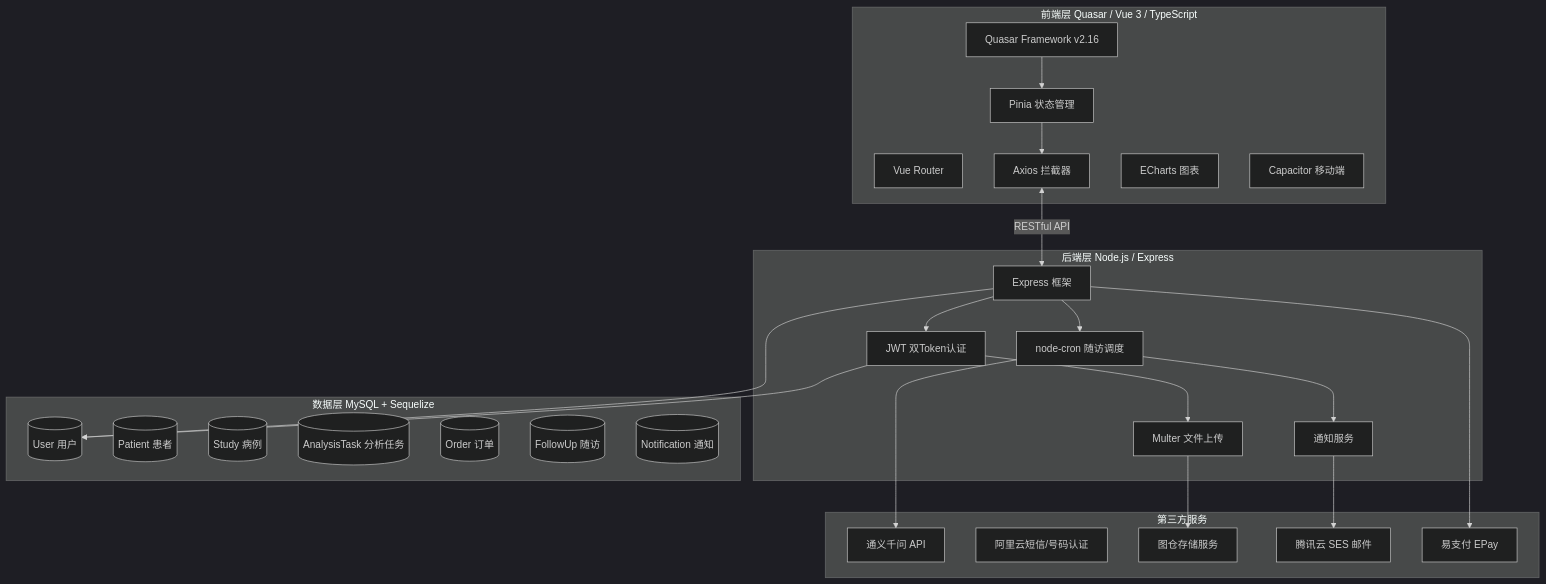
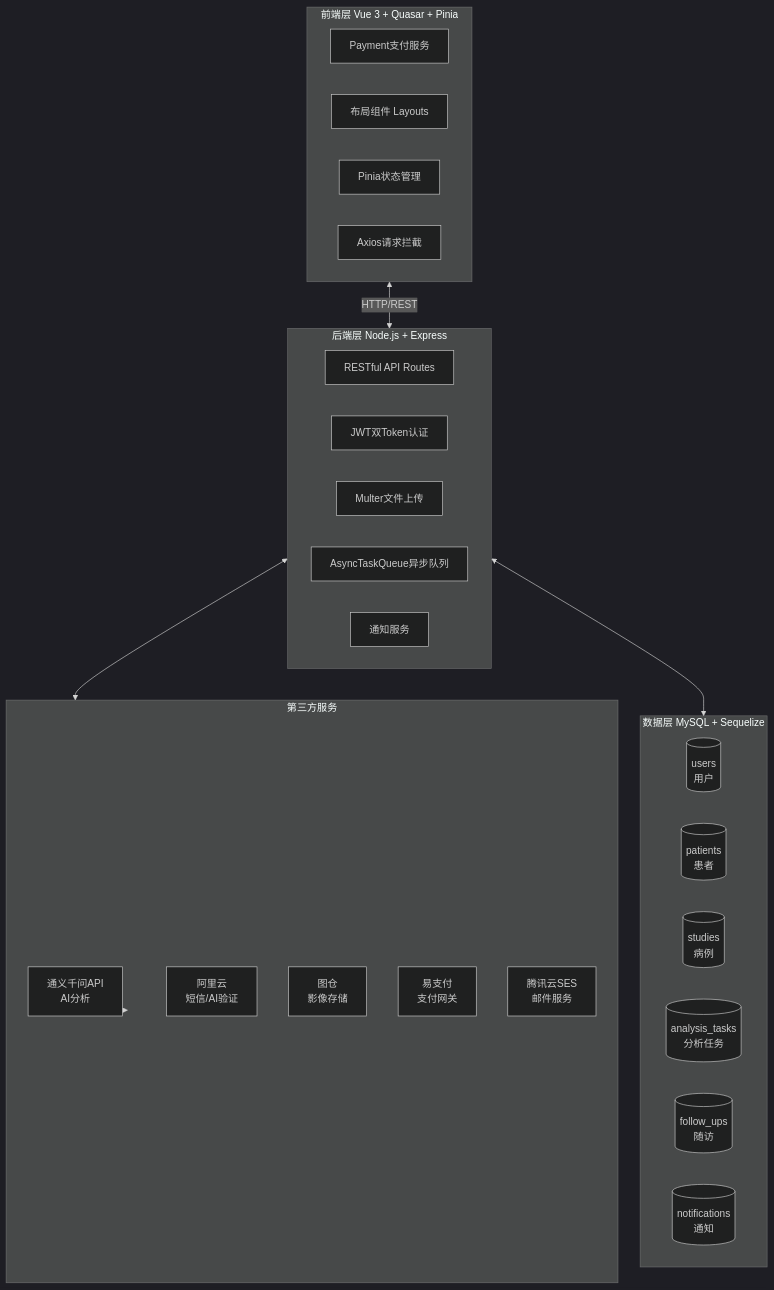
One commit to xingranya/CervixDetectAI changed the first of 14 diagrams in 项目技术报告.md. Above: the diagram before and after it, drawn with Mermaid (dark theme). The commit also changed other lines of this file and 4 other files, not shown here.

````diff
--- a/项目技术报告.md
+++ b/项目技术报告.md
@@ -123,48 +66,40 @@
 ```mermaid
 flowchart TB
-    subgraph Frontend["前端层 Quasar / Vue 3 / TypeScript"]
-        A1[Quasar Framework v2.16]
-        A2[Pinia 状态管理]
-        A3[Vue Router]
-        A4[Axios 拦截器]
-        A5[ECharts 图表]
-        A6[Capacitor 移动端]
+    subgraph FE["前端层 Vue 3 + Quasar + Pinia"]
+        P[页面组件 Pages]
+        L[布局组件 Layouts]
+        S[Pinia状态管理]
+        A[Axios请求拦截]
     end
 
-    subgraph Backend["后端层 Node.js / Express"]
-        B1[Express 框架]
-        B2[JWT 双Token认证]
-        B3[Multer 文件上传]
-        B4[node-cron 随访调度]
-        B5[通知服务]
+    subgraph BE["后端层 Node.js + Express"]
+        R[RESTful API Routes]
+        J[JWT双Token认证]
+        M[Multer文件上传]
+        Q[AsyncTaskQueue异步队列]
+        N[通知服务]
+        P[Payment支付服务]
     end
 
-    subgraph Data["数据层 MySQL + Sequelize"]
-        C1[(User 用户)]
-        C2[(Patient 患者)]
-        C3[(Study 病例)]
-        C4[(AnalysisTask 分析任务)]
-        C5[(Order 订单)]
-        C6[(FollowUp 随访)]
-        C7[(Notification 通知)]
+    subgraph DB["数据层 MySQL + Sequelize"]
+        US[(users<br/>用户)]
+        PT[(patients<br/>患者)]
+        ST[(studies<br/>病例)]
+        AT[(analysis_tasks<br/>分析任务)]
+        FU[(follow_ups<br/>随访)]
+        NT[(notifications<br/>通知)]
     end
 
-    subgraph External["第三方服务"]
-        D1[通义千问 API]
-        D2[阿里云短信/号码认证]
-        D3[图仓存储服务]
-        D4[腾讯云 SES 邮件]
-        D5[易支付 EPay]
+    subgraph EX["第三方服务"]
+        AI[通义千问API<br/>AI分析]
+        AL[阿里云<br/>短信/AI验证]
+        TC[图仓<br/>影像存储]
+        EP[易支付<br/>支付网关]
+        TS[腾讯云SES<br/>邮件服务]
     end
 
-    A1 --> A2 --> A4
-    A4 <-->|RESTful API| B1
-    B1 --> B2 --> B3
-    B1 --> B4 --> B5
-    B1 --> C1
-    B2 --> C1
-    B3 --> D3
-    B4 --> D1
-    B5 --> D4
-    B1 --> D5
+    FE <-->|HTTP/REST| BE
+    BE <--> DB
+    BE <--> EX
+    EX --> AI
 ```
````
